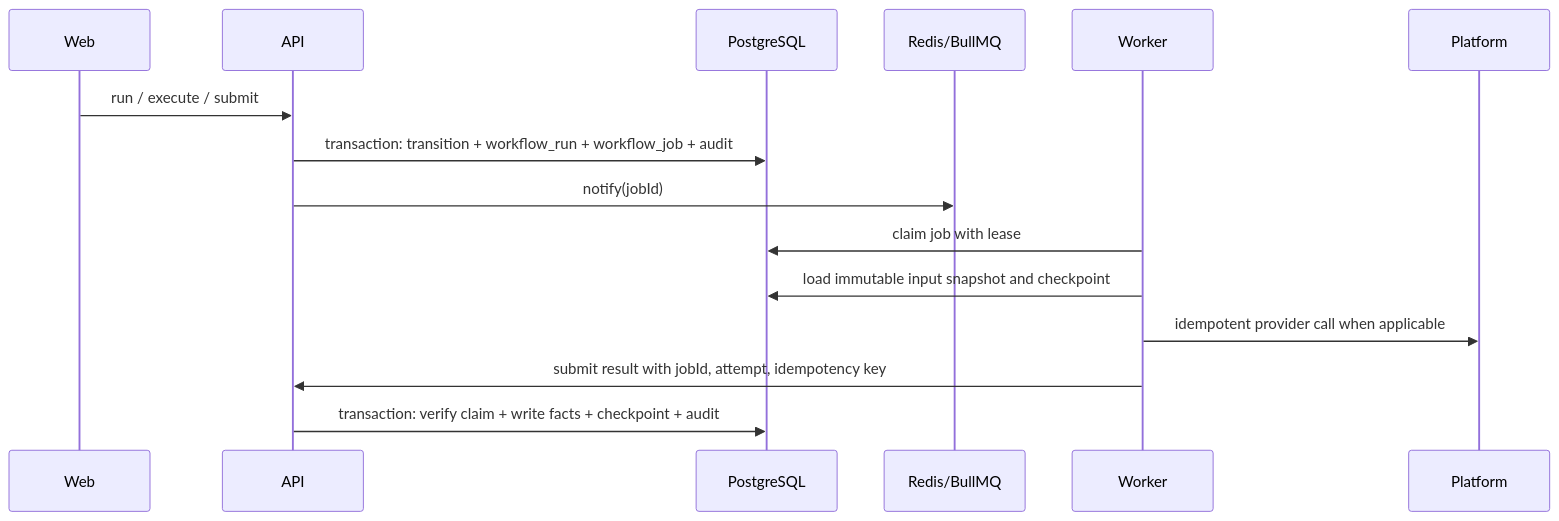
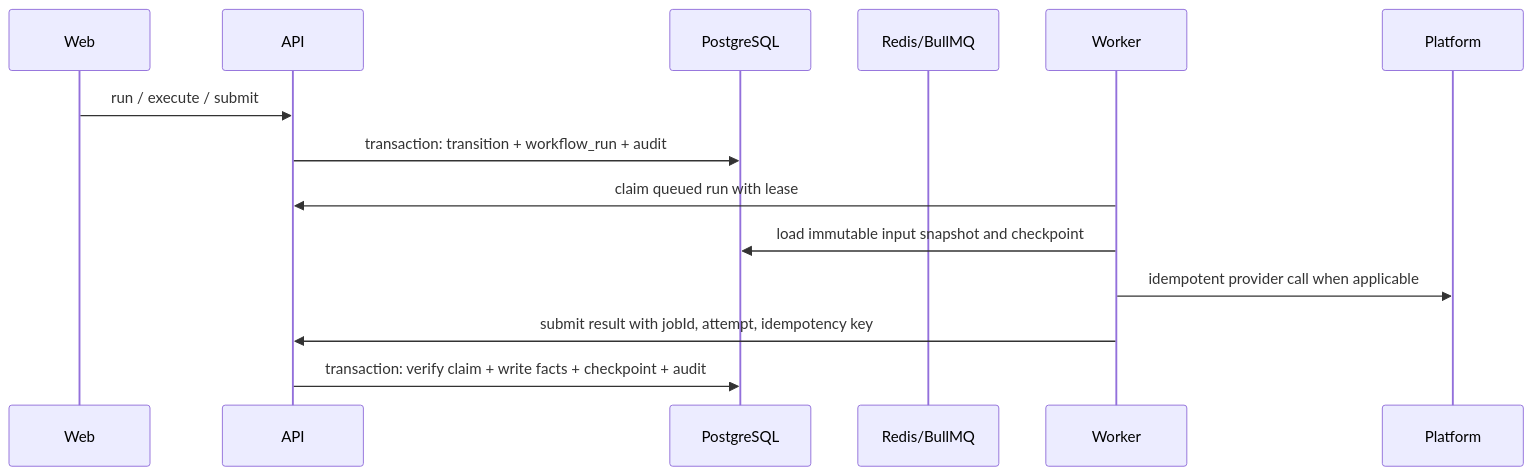
The diagram in docs/15-durable-execution-handoff.md (YPYT1/localization-release-commander), drawn with Mermaid before and after one commit. The commit also changed other lines of this file, not shown here.

````diff
--- a/docs/15-durable-execution-handoff.md
+++ b/docs/15-durable-execution-handoff.md
@@ -23,18 +23,17 @@
 ```mermaid
 sequenceDiagram
   participant U as Web
   participant A as API
   participant P as PostgreSQL
   participant Q as Redis/BullMQ
   participant W as Worker
   participant X as Platform
 
   U->>A: run / execute / submit
-  A->>P: transaction: transition + workflow_run + workflow_job + audit
-  A->>Q: notify(jobId)
-  W->>P: claim job with lease
+  A->>P: transaction: transition + workflow_run + audit
+  W->>A: claim queued run with lease
   W->>P: load immutable input snapshot and checkpoint
   W->>X: idempotent provider call when applicable
   W->>A: submit result with jobId, attempt, idempotency key
   A->>P: transaction: verify claim + write facts + checkpoint + audit
 ```
````
